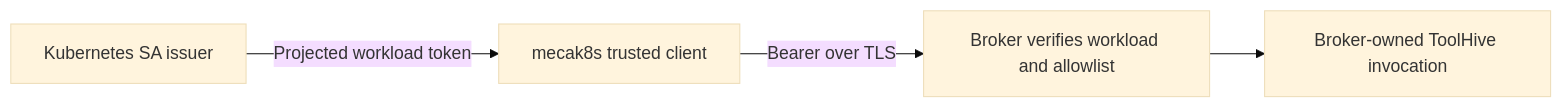
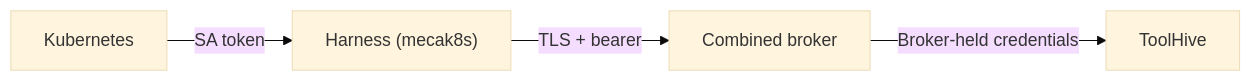
The first of 4 diagrams in docs/agent-authority.md (stacklok/mecatl), drawn with Mermaid (base theme) before and after one commit. The commit also changed other lines of this file, not shown here.

````diff
--- a/docs/agent-authority.md
+++ b/docs/agent-authority.md
@@ -82,6 +204,6 @@
 ```mermaid
 flowchart LR
-    K["Kubernetes SA issuer"] -->|Projected workload token| H["mecak8s trusted client"]
-    H -->|Bearer over TLS| B["Broker verifies workload and allowlist"]
-    B --> T["Broker-owned ToolHive invocation"]
+    K["Kubernetes"] -->|SA token| H["Harness (mecak8s)"]
+    H -->|TLS + bearer| B["Combined broker"]
+    B -->|Broker-held credentials| T["ToolHive"]
 ```
````
